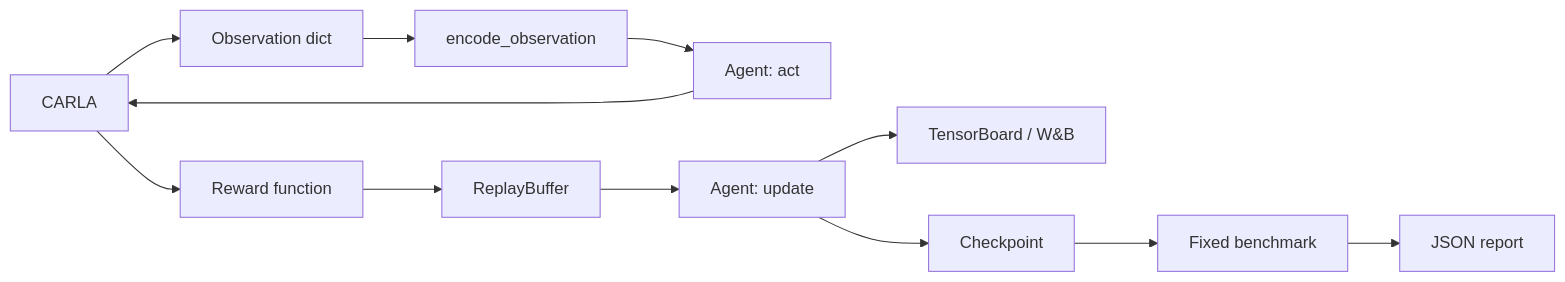
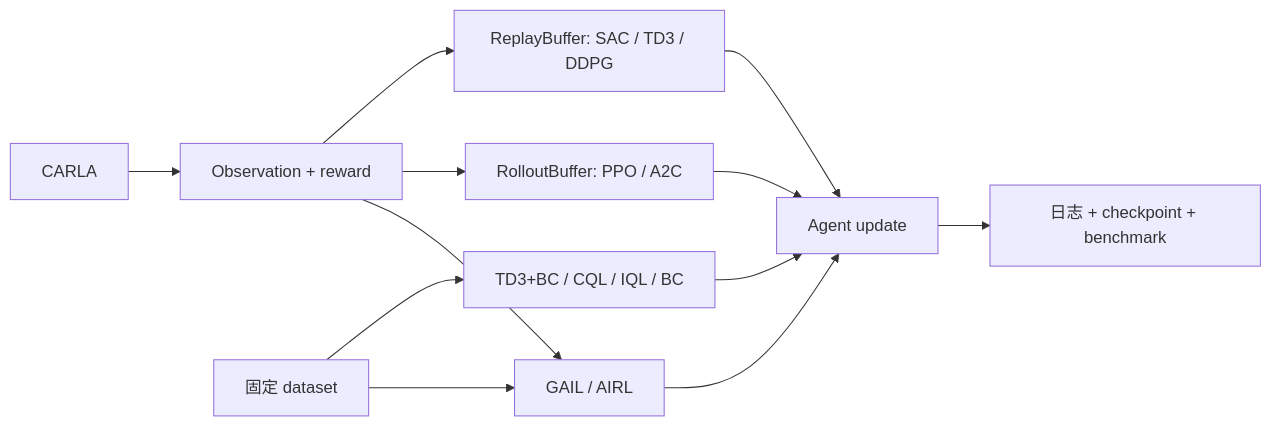
The diagram in README_zh-CN.md (Wu-didi/carla-rl-lab), drawn with Mermaid before and after one commit. The commit also changed other lines of this file and 15 other files, not shown here.

````diff
--- a/README_zh-CN.md
+++ b/README_zh-CN.md
@@ -48,14 +49,14 @@
 ```mermaid
 flowchart LR
-    A[CARLA] --> B[Observation dict]
-    B --> C[encode_observation]
-    C --> D[Agent: act]
-    D --> A
-    A --> E[Reward function]
-    E --> F[ReplayBuffer]
-    F --> G[Agent: update]
-    G --> H["TensorBoard / W&B"]
-    G --> I[Checkpoint]
-    I --> J[Fixed benchmark]
-    J --> K[JSON report]
+    A[CARLA] --> B[Observation + reward]
+    B --> C[ReplayBuffer: SAC / TD3 / DDPG]
+    B --> D[RolloutBuffer: PPO / A2C]
+    E[固定 dataset] --> F[TD3+BC / CQL / IQL / BC]
+    E --> G[GAIL / AIRL]
+    B --> G
+    C --> H[Agent update]
+    D --> H
+    F --> H
+    G --> H
+    H --> I[日志 + checkpoint + benchmark]
 ```
````
